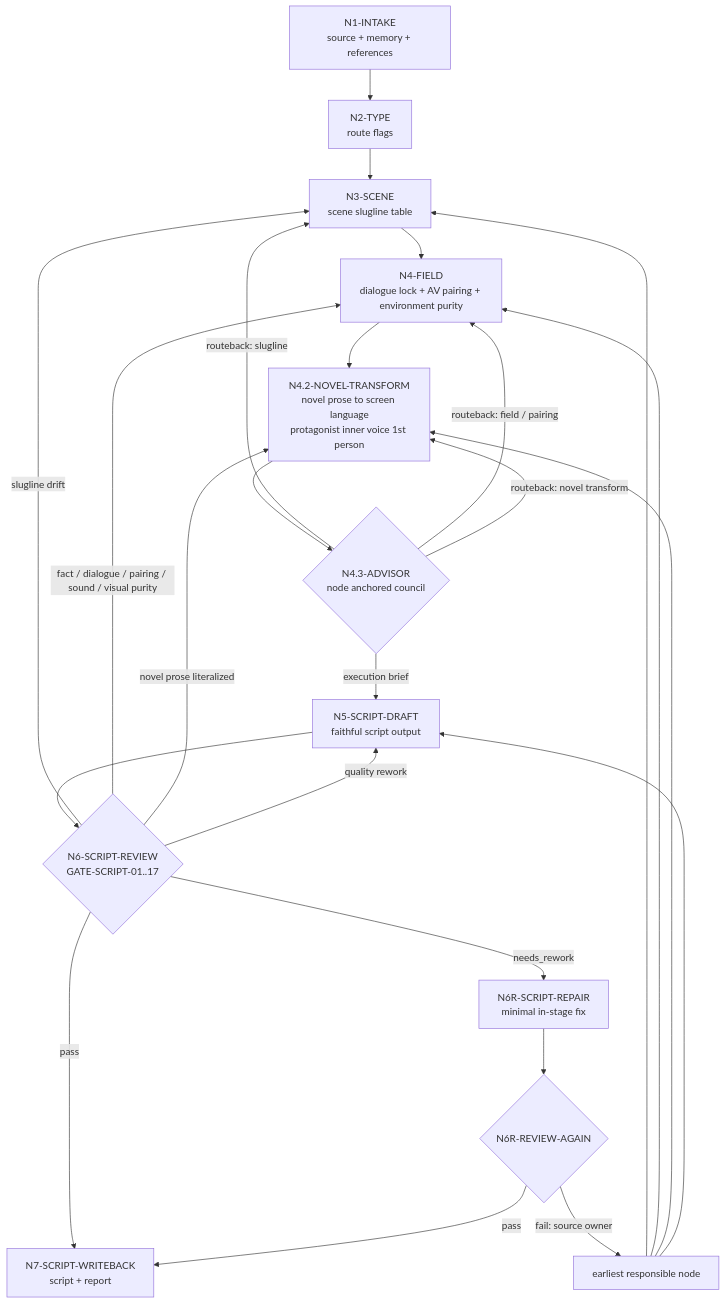
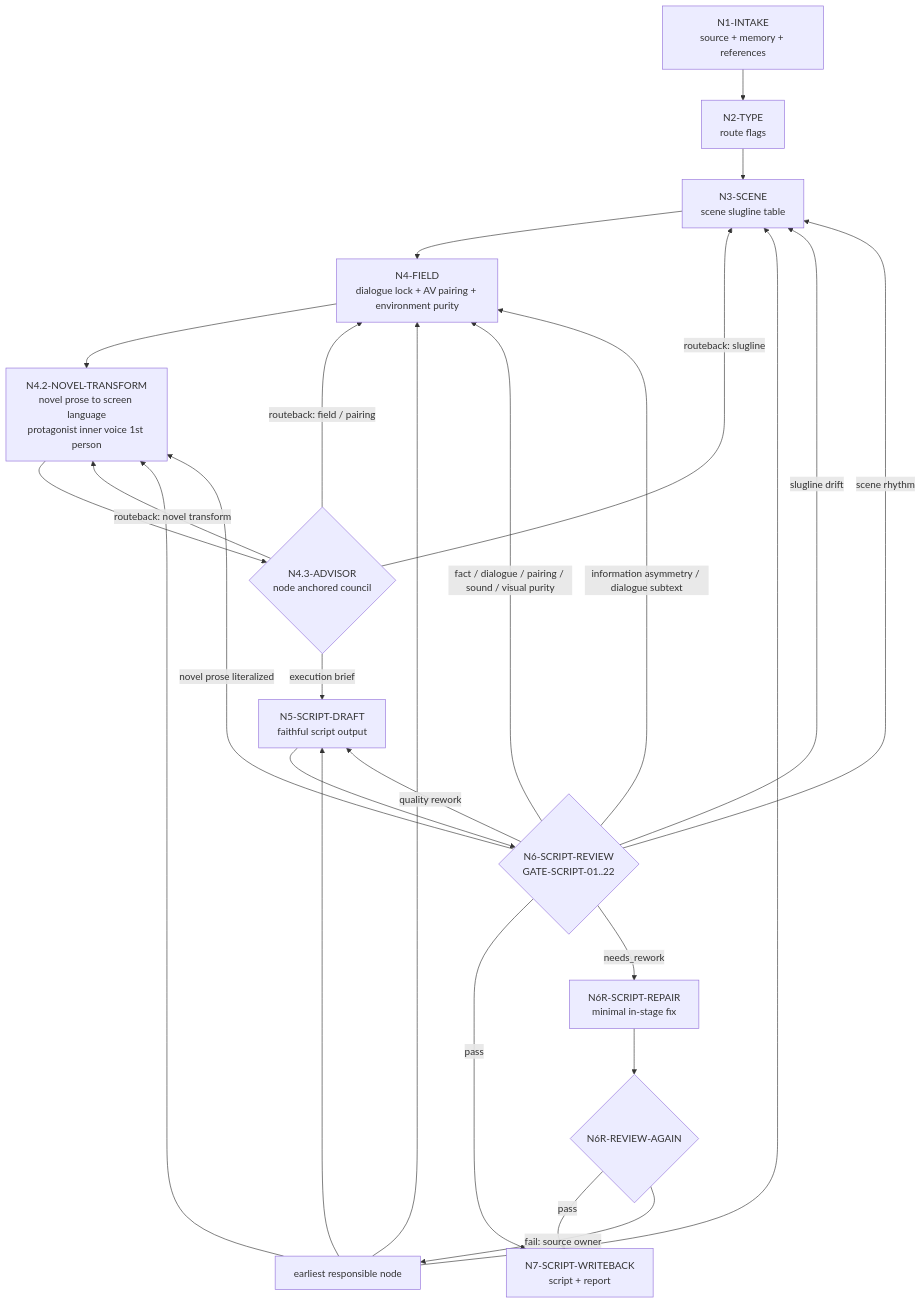
Before and after one commit to ZEN-VOID/AI-CUT: the first of 2 diagrams in .agents/skills/aigc/2-编剧/steps/directing-workflow.md, drawn with Mermaid. The commit also changed other lines of this file and 137 other files, not shown here.

````diff
--- a/.agents/skills/aigc/2-编剧/steps/directing-workflow.md
+++ b/.agents/skills/aigc/2-编剧/steps/directing-workflow.md
@@ -155,26 +170,28 @@
 ```mermaid
 flowchart TD
     A["N1-INTAKE\nsource + memory + references"] --> B["N2-TYPE\nroute flags"]
     B --> C["N3-SCENE\nscene slugline table"]
     C --> D["N4-FIELD\ndialogue lock + AV pairing + environment purity"]
     D --> NT["N4.2-NOVEL-TRANSFORM\nnovel prose to screen language\nprotagonist inner voice 1st person"]
     NT --> ADV{"N4.3-ADVISOR\nnode anchored council"}
     ADV -->|"routeback: slugline"| C
     ADV -->|"routeback: field / pairing"| D
     ADV -->|"routeback: novel transform"| NT
     ADV -->|"execution brief"| E["N5-SCRIPT-DRAFT\nfaithful script output"]
-    E --> F{"N6-SCRIPT-REVIEW\nGATE-SCRIPT-01..17"}
+    E --> F{"N6-SCRIPT-REVIEW\nGATE-SCRIPT-01..22"}
     F -->|"pass"| G["N7-SCRIPT-WRITEBACK\nscript + report"]
     F -->|"needs_rework"| R["N6R-SCRIPT-REPAIR\nminimal in-stage fix"]
     R --> RR{"N6R-REVIEW-AGAIN"}
     RR -->|"pass"| G
     RR -->|"fail: source owner"| BACK["earliest responsible node"]
     BACK --> C
     BACK --> D
     BACK --> NT
     BACK --> E
     F -->|"slugline drift"| C
     F -->|"fact / dialogue / pairing / sound / visual purity"| D
     F -->|"novel prose literalized"| NT
+    F -->|"information asymmetry / dialogue subtext"| D
+    F -->|"scene rhythm"| C
     F -->|"quality rework"| E
 ```
````
